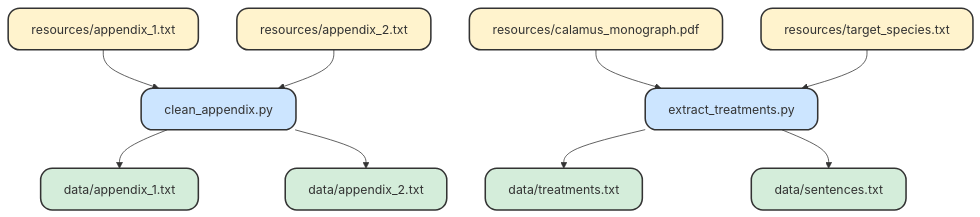
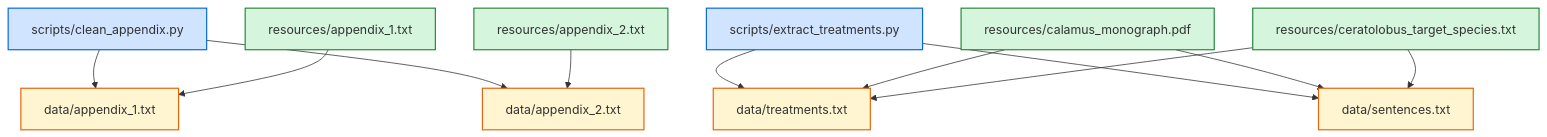
Before and after one commit to nickynicolson/CalamusTraits: the first of 3 diagrams in Content_Summary.md, drawn with Mermaid. The commit also changed other lines of this file and 1 other file, not shown here.

````diff
--- a/Content_Summary.md
+++ b/Content_Summary.md
@@ -7,35 +14,42 @@
 ```mermaid
 graph TD
-    %% Input files
-    A[resources/appendix_1.txt]:::input --> E
-    B[resources/appendix_2.txt]:::input --> E
-    C[resources/calamus_monograph.pdf]:::input --> F
-    D[resources/target_species.txt]:::input --> F
+    %% Nodes
+    clean_appendix[scripts/clean_appendix.py]
+    extract_treatments[scripts/extract_treatments.py]
+    appendix_1[resources/appendix_1.txt]
+    appendix_2[resources/appendix_2.txt]
+    monograph_pdf[resources/calamus_monograph.pdf]
+    target_species[resources/ceratolobus_target_species.txt]
 
-    %% Scripts
-    E[clean_appendix.py]:::script
-    F[extract_treatments.py]:::script
+    data_appendix_1[data/appendix_1.txt]
+    data_appendix_2[data/appendix_2.txt]
+    data_treatments[data/treatments.txt]
+    data_sentences[data/sentences.txt]
 
-    %% Output files
-    G[data/appendix_1.txt]:::output
-    H[data/appendix_2.txt]:::output
-    I[data/sentences.txt]:::output
-    J[data/treatments.txt]:::output
+    %% Edges
+    clean_appendix --> data_appendix_1
+    clean_appendix --> data_appendix_2
+    appendix_1 --> data_appendix_1
+    appendix_2 --> data_appendix_2
 
-    %% Dependencies for appendix 1
-    E --> G
+    extract_treatments --> data_treatments
+    extract_treatments --> data_sentences
+    monograph_pdf --> data_treatments
+    monograph_pdf --> data_sentences
+    target_species --> data_treatments
+    target_species --> data_sentences
 
-    %% Dependencies for appendix 2
-    E --> H
+    %% Styles
+    style clean_appendix fill:#d0e3ff,stroke:#0366d6,stroke-width:1.5px
+    style extract_treatments fill:#d0e3ff,stroke:#0366d6,stroke-width:1.5px
 
-    %% Dependencies for treatments
-    F --> J
+    style appendix_1 fill:#d5f5dc,stroke:#22863a,stroke-width:1.5px
+    style appendix_2 fill:#d5f5dc,stroke:#22863a,stroke-width:1.5px
+    style monograph_pdf fill:#d5f5dc,stroke:#22863a,stroke-width:1.5px
+    style target_species fill:#d5f5dc,stroke:#22863a,stroke-width:1.5px
 
-    %% Dependencies for sentences
-    F --> I
-
-    %% Styling
-    classDef input fill:#fff3cd,stroke:#333,stroke-width:2px,rx:15px,ry:15px;
-    classDef script fill:#cce5ff,stroke:#333,stroke-width:2px,rx:15px,ry:15px;
-    classDef output fill:#d4edda,stroke:#333,stroke-width:2px,rx:15px,ry:15px;
+    style data_appendix_1 fill:#fff5d0,stroke:#e36209,stroke-width:1.5px
+    style data_appendix_2 fill:#fff5d0,stroke:#e36209,stroke-width:1.5px
+    style data_treatments fill:#fff5d0,stroke:#e36209,stroke-width:1.5px
+    style data_sentences fill:#fff5d0,stroke:#e36209,stroke-width:1.5px
 ```
````
